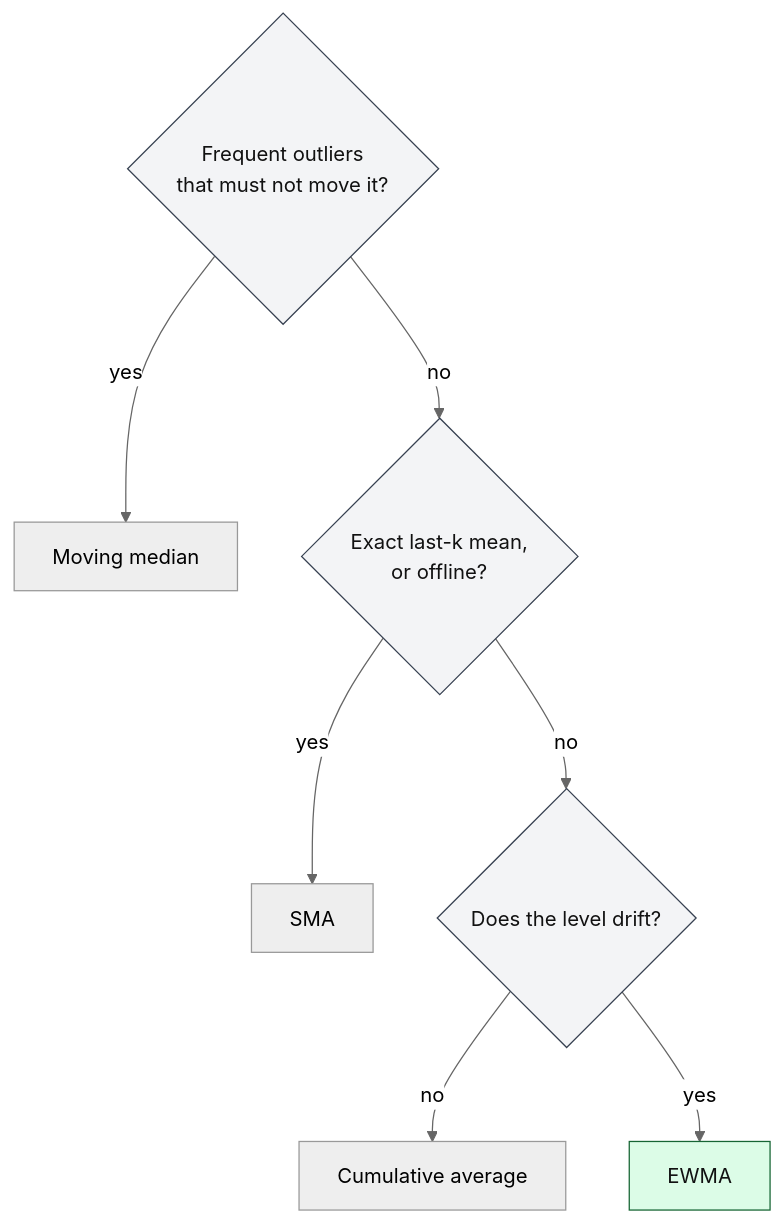
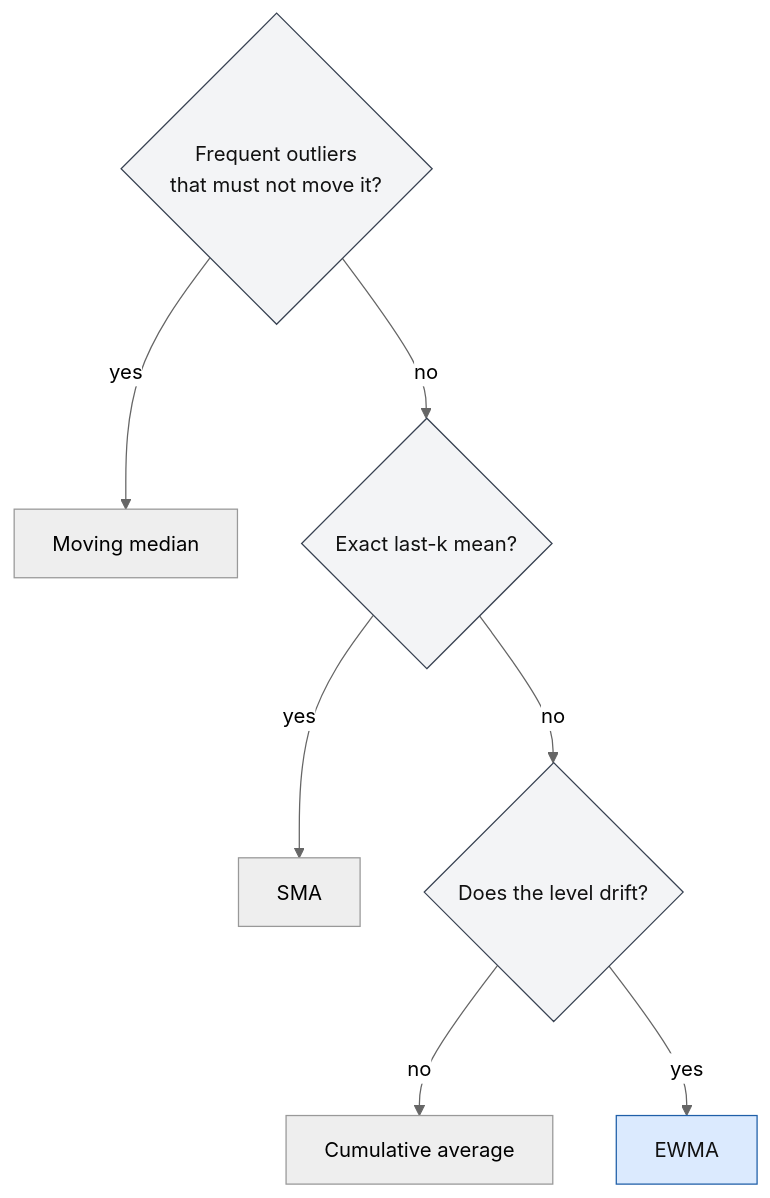
One commit to mengjiasun1992/sllmwiki-demo changed the diagram in sllmwiki/narratives/when-should-software-use-an-ewma-instead-of-other-moving-averages.md. Above: the diagram before and after it, drawn with Mermaid (neutral theme). The commit also changed other lines of this file and 6 other files, not shown here.

````diff
--- a/sllmwiki/narratives/when-should-software-use-an-ewma-instead-of-other-moving-averages.md
+++ b/sllmwiki/narratives/when-should-software-use-an-ewma-instead-of-other-moving-averages.md
@@ -76,13 +76,13 @@
 ```mermaid
 flowchart TD
     Q1{"Frequent outliers<br/>that must not move it?"} -->|yes| MED["Moving median"]
-    Q1 -->|no| Q2{"Exact last-k mean,<br/>or offline?"}
+    Q1 -->|no| Q2{"Exact last-k mean?"}
     Q2 -->|yes| SMA["SMA"]
     Q2 -->|no| Q3{"Does the level drift?"}
     Q3 -->|no| CA["Cumulative average"]
     Q3 -->|yes| EWMA["EWMA"]
-    classDef pick fill:#dcfce7,stroke:#166534,color:#111111
+    classDef pick fill:#dbeafe,stroke:#1f5fa8,color:#111111
     classDef q fill:#f3f4f6,stroke:#374151,color:#111111
     class EWMA pick
     class Q1,Q2,Q3 q
 ```
````
